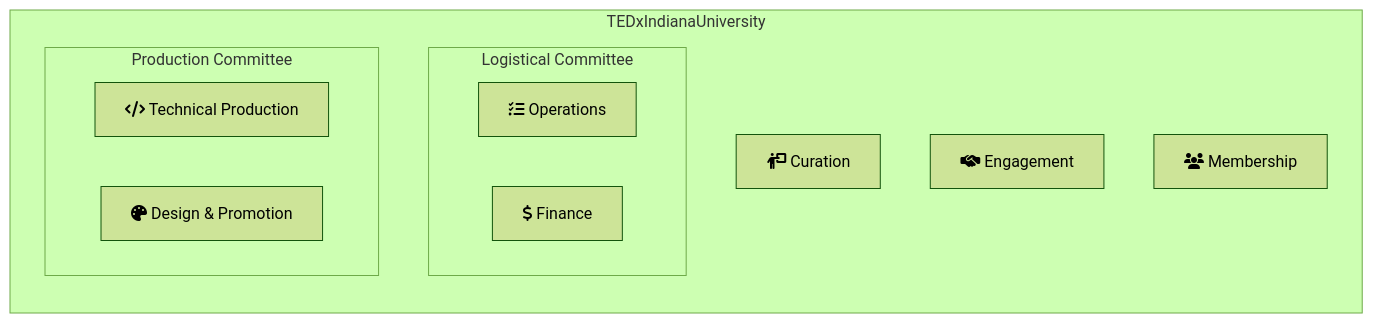
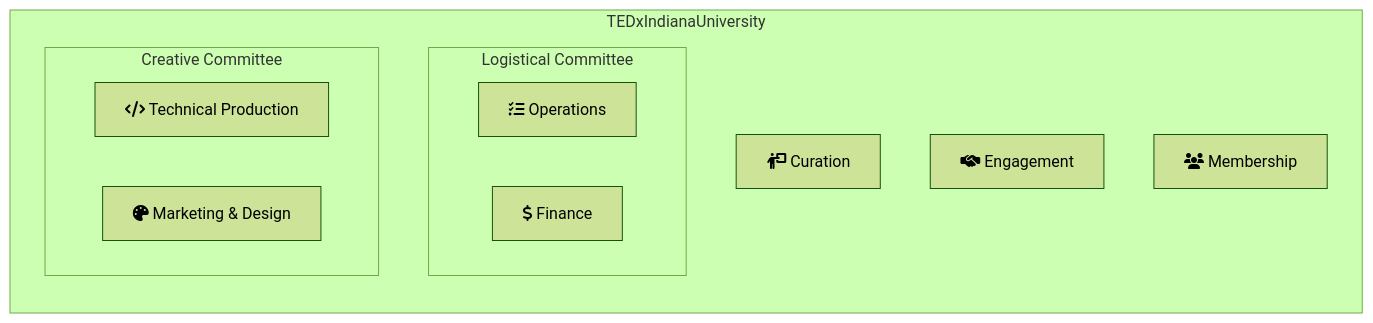
The diagram in member-onboarding/about-tedx.md (TEDxIndianaUniversity/docs), drawn with Mermaid (forest theme) before and after one commit. The commit also changed 7 other files, not shown here.

````diff
--- a/member-onboarding/about-tedx.md
+++ b/member-onboarding/about-tedx.md
@@ -5,16 +5,17 @@
 ```mermaid fullWidth="true"
 graph LR
   subgraph TEDxIndianaUniversity
 	  subgraph Logistical Committee
 			O[fa:fa-list-check Operations]
 			F[fa:fa-dollar-sign Finance]
 		end
-		subgraph Production Committee
+		subgraph Creative Committee
 			T[fa:fa-code Technical Production]
-			D[fa:fa-palette Design & Promotion]
+			D[fa:fa-palette Marketing & Design]
+
 		end
 		C[fa:fa-person-chalkboard Curation]
 		E[fa:fa-handshake-simple Engagement]
 		M[fa:fa-users Membership]
   end
 ```
````
